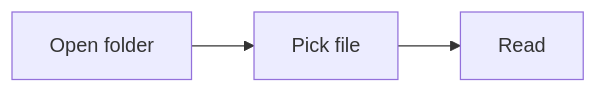
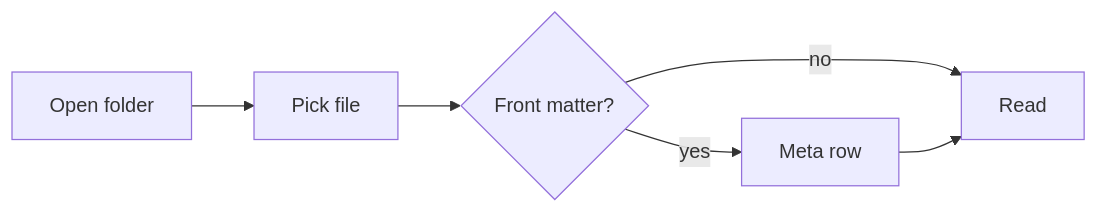
Before and after one commit to yongjun-1111/metrodown: the diagram in docs/rendering-fixture.md, drawn with Mermaid. The commit also changed other lines of this file and 15 other files, not shown here.

First line of the commit message:
Apply first-install feedback: plain line symbols, single tree trunk, diagrams

````diff
--- a/docs/rendering-fixture.md
+++ b/docs/rendering-fixture.md
@@ -101,4 +121,7 @@
 ```mermaid
-graph LR
-  A[Open folder] --> B[Pick file] --> C[Read]
+flowchart LR
+  A[Open folder] --> B[Pick file] --> C{Front matter?}
+  C -- yes --> D[Meta row]
+  C -- no --> E[Read]
+  D --> E
 ```
````
